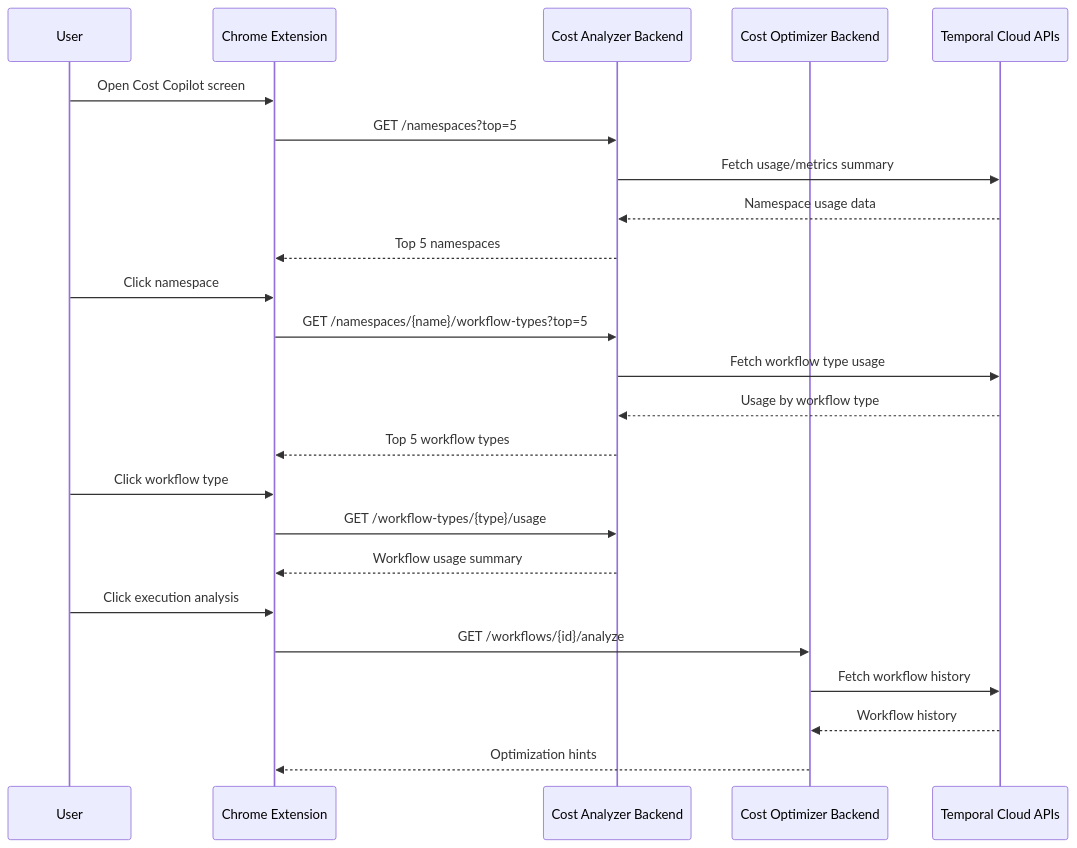
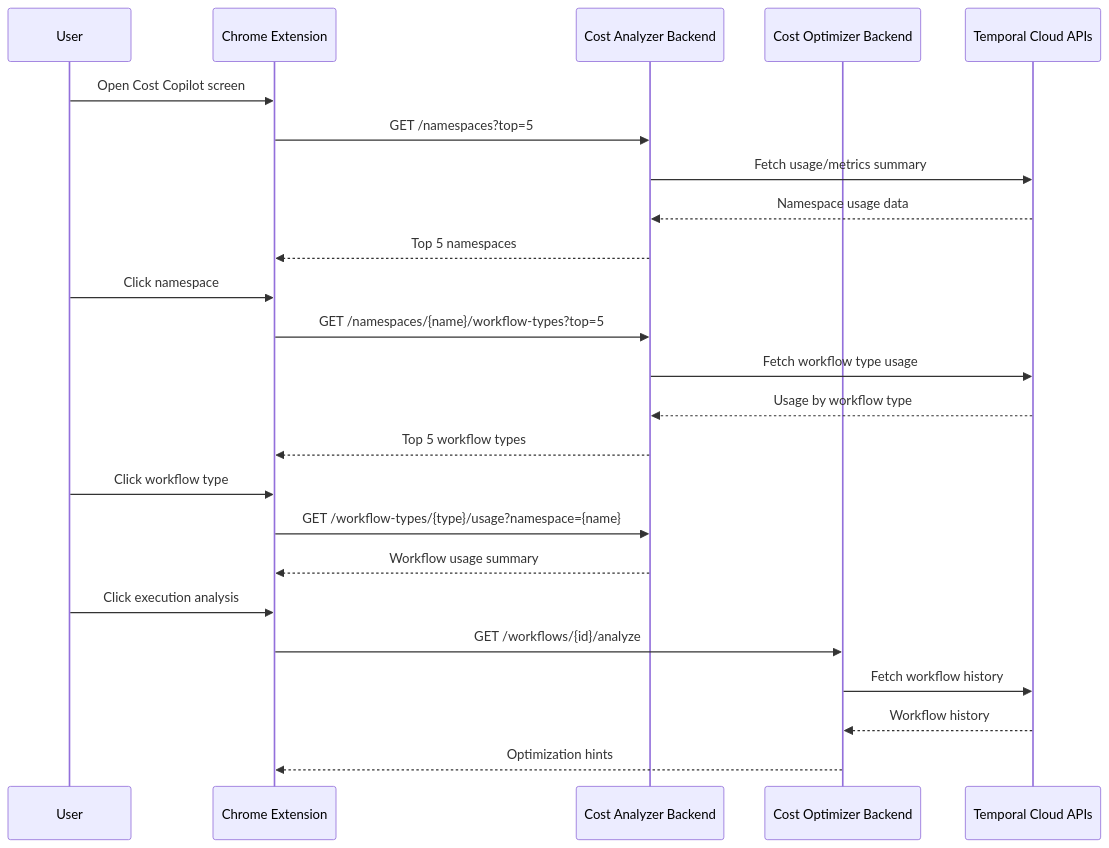
The second of 3 diagrams in spec.md (vitebski/temporal-cost-optimizer), drawn with Mermaid before and after one commit. The commit also changed other lines of this file and 12 other files, not shown here.

````diff
--- a/spec.md
+++ b/spec.md
@@ -151,30 +151,30 @@
 ```mermaid
 sequenceDiagram
   participant User
   participant Ext as Chrome Extension
   participant An as Cost Analyzer Backend
   participant Op as Cost Optimizer Backend
   participant Tc as Temporal Cloud APIs
 
   User->>Ext: Open Cost Copilot screen
   Ext->>An: GET /namespaces?top=5
   An->>Tc: Fetch usage/metrics summary
   Tc-->>An: Namespace usage data
   An-->>Ext: Top 5 namespaces
 
   User->>Ext: Click namespace
   Ext->>An: GET /namespaces/{name}/workflow-types?top=5
   An->>Tc: Fetch workflow type usage
   Tc-->>An: Usage by workflow type
   An-->>Ext: Top 5 workflow types
 
   User->>Ext: Click workflow type
-  Ext->>An: GET /workflow-types/{type}/usage
+  Ext->>An: GET /workflow-types/{type}/usage?namespace={name}
   An-->>Ext: Workflow usage summary
 
   User->>Ext: Click execution analysis
   Ext->>Op: GET /workflows/{id}/analyze
   Op->>Tc: Fetch workflow history
   Tc-->>Op: Workflow history
   Op-->>Ext: Optimization hints
 ```
````
